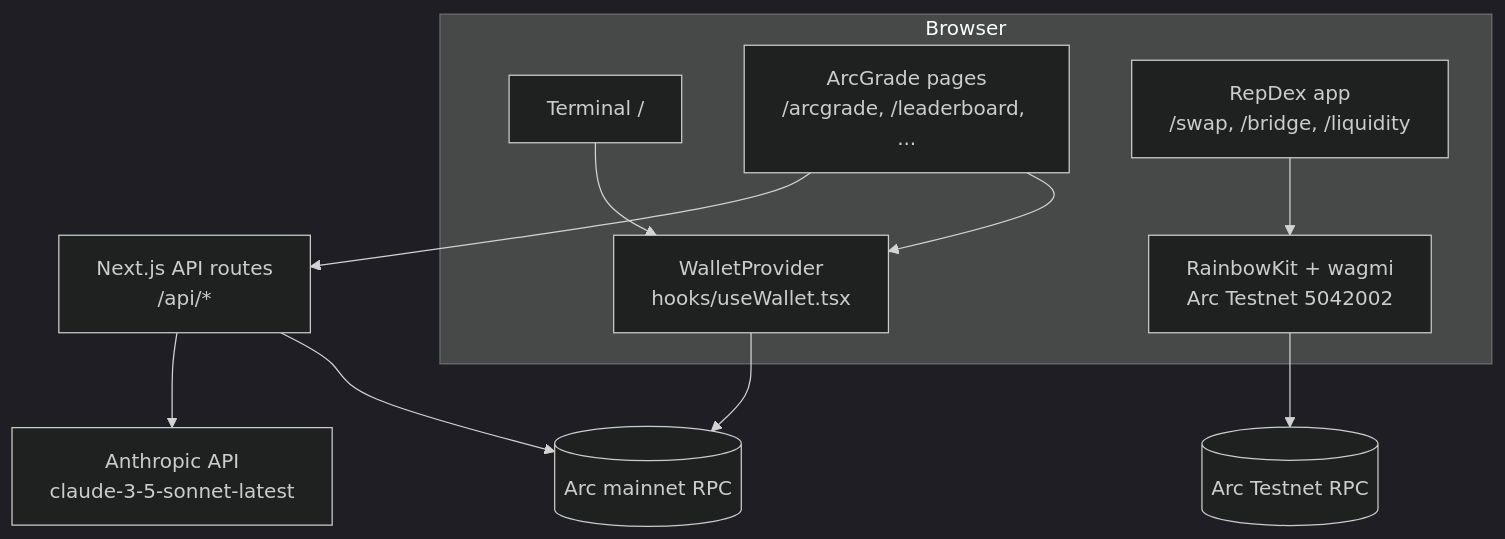
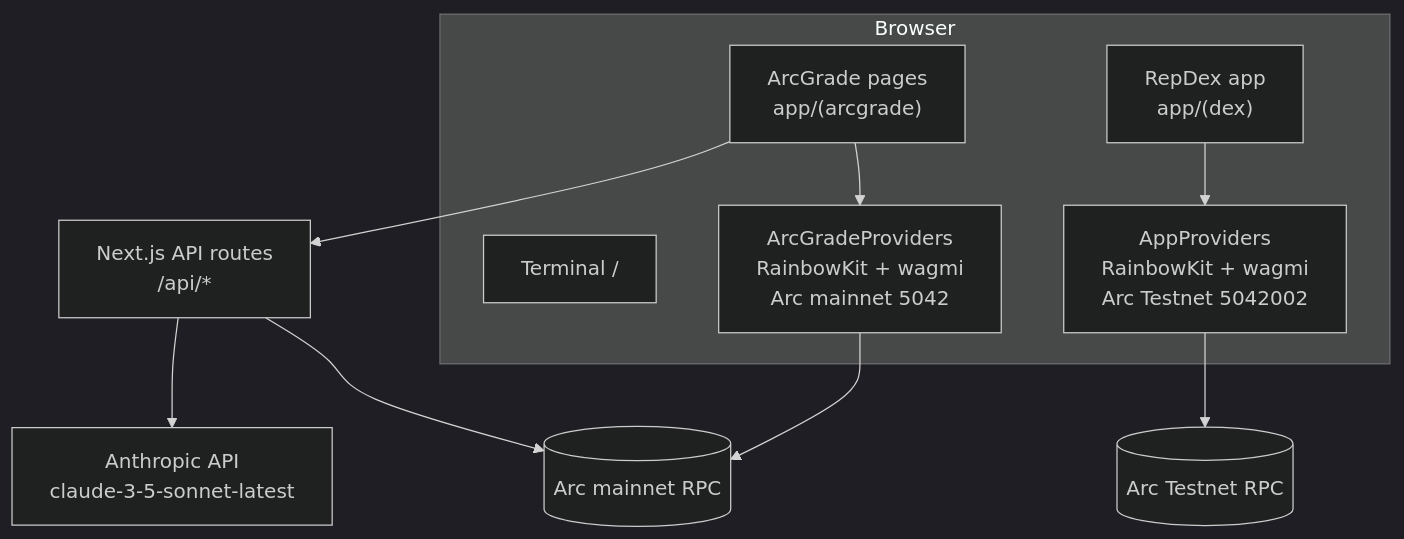
One commit to 0xtusher-git/ArcGrade changed the diagram in README.md. Above: the diagram before and after it, drawn with Mermaid (dark theme). The commit also changed other lines of this file and 51 other files, not shown here.

First line of the commit message:
feat: add ArcGrade route group, mainnet wallet stack, and DEX updates (#3)

````diff
--- a/README.md
+++ b/README.md
@@ -35,14 +38,14 @@
 ```mermaid
 flowchart TD
   subgraph Browser
-    T["Terminal /"] --> TW["WalletProvider<br/>hooks/useWallet.tsx"]
-    A["ArcGrade pages<br/>/arcgrade, /leaderboard, ..."] --> TW
-    D["RepDex app<br/>/swap, /bridge, /liquidity"] --> DW["RainbowKit + wagmi<br/>Arc Testnet 5042002"]
+    T["Terminal /"]
+    A["ArcGrade pages<br/>app/(arcgrade)"] --> AW["ArcGradeProviders<br/>RainbowKit + wagmi<br/>Arc mainnet 5042"]
+    D["RepDex app<br/>app/(dex)"] --> DW["AppProviders<br/>RainbowKit + wagmi<br/>Arc Testnet 5042002"]
   end
 
-  TW --> MR[("Arc mainnet RPC")]
+  AW --> MR[("Arc mainnet RPC")]
   DW --> TR[("Arc Testnet RPC")]
   A --> API["Next.js API routes<br/>/api/*"]
   API --> MR
   API --> CL["Anthropic API<br/>claude-3-5-sonnet-latest"]
 ```
````
